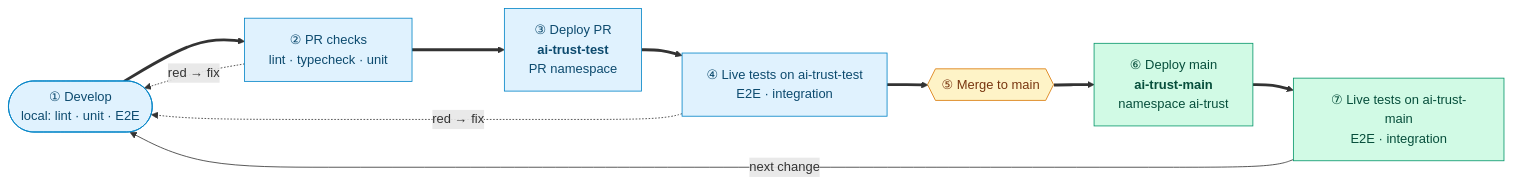
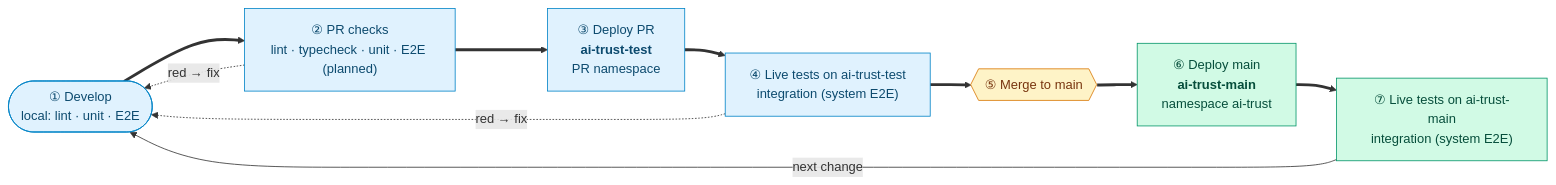
The diagram in docs/tests.md (AI-Trust-Services/ai-trust-platform), drawn with Mermaid before and after one commit. The commit also changed other lines of this file, not shown here.

First line of the commit message:
docs: align test strategy with MVP scope

````diff
--- a/docs/tests.md
+++ b/docs/tests.md
@@ -36,22 +38,22 @@
 ```mermaid
 flowchart LR
     DEV(["① Develop<br/>local: lint · unit · E2E"])
-    PR["② PR checks<br/>lint · typecheck · unit"]
+    PR["② PR checks<br/>lint · typecheck · unit · E2E (planned)"]
     DT["③ Deploy PR<br/><b>ai-trust-test</b><br/>PR namespace"]
-    LT["④ Live tests on ai-trust-test<br/>E2E · integration"]
+    LT["④ Live tests on ai-trust-test<br/>integration (system E2E)"]
     MG{{"⑤ Merge to main"}}
     DM["⑥ Deploy main<br/><b>ai-trust-main</b><br/>namespace ai-trust"]
-    LM["⑦ Live tests on ai-trust-main<br/>E2E · integration"]
+    LM["⑦ Live tests on ai-trust-main<br/>integration (system E2E)"]
 
     DEV ==> PR ==> DT ==> LT ==> MG ==> DM ==> LM
     LM -- "next change" --> DEV
     PR -. "red → fix" .-> DEV
     LT -. "red → fix" .-> DEV
 
     classDef test fill:#e0f2fe,stroke:#0284c7,color:#0c4a6e
     classDef main fill:#d1fae5,stroke:#059669,color:#064e3b
     classDef gate fill:#fef3c7,stroke:#d97706,color:#78350f
     class DEV,PR,DT,LT test
     class DM,LM main
     class MG gate
 ```
````
